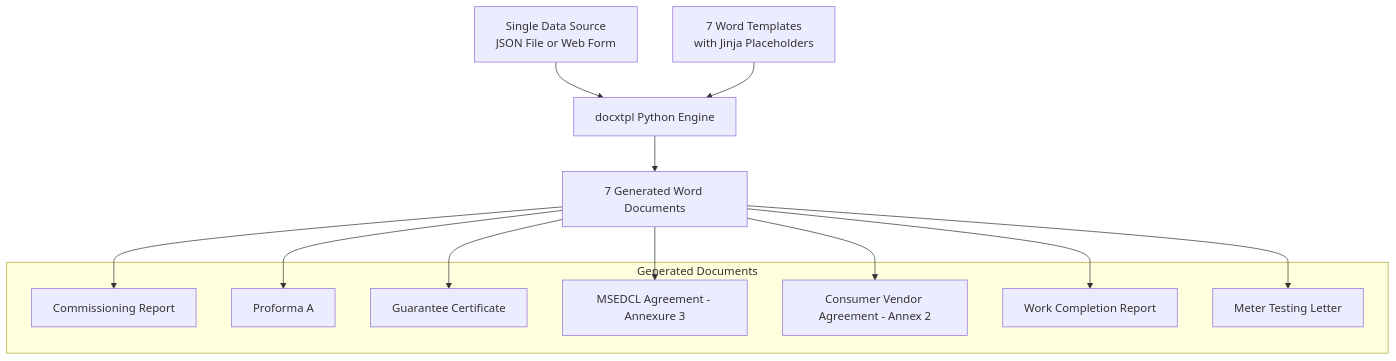
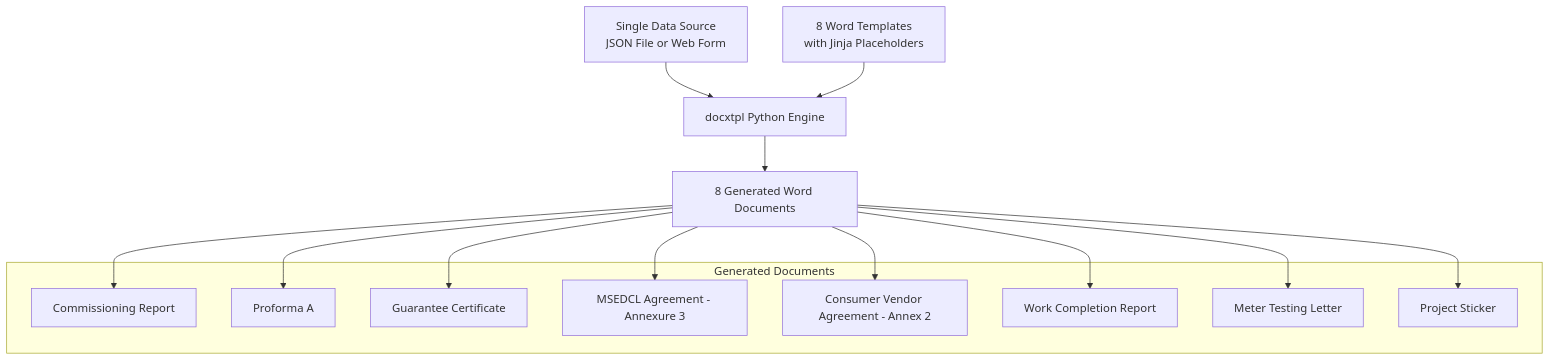
Before and after one commit to Ratnadeep-2007/multi_doc_writer: the diagram in README.md, drawn with Mermaid. The commit also changed other lines of this file and 8 other files, not shown here.

Commit message:
Generate editable project stickers with solar documents

````diff
--- a/README.md
+++ b/README.md
@@ -9,24 +9,26 @@
 ```mermaid
 graph TD
     Input[Single Data Source<br/>JSON File or Web Form] --> Engine[docxtpl Python Engine]
-    Templates[7 Word Templates<br/>with Jinja Placeholders] --> Engine
-    Engine --> Output[7 Generated Word Documents]
+    Templates[8 Word Templates<br/>with Jinja Placeholders] --> Engine
+    Engine --> Output[8 Generated Word Documents]
     
     subgraph "Generated Documents"
         Doc1[Commissioning Report]
         Doc2[Proforma A]
         Doc3[Guarantee Certificate]
         Doc4[MSEDCL Agreement - Annexure 3]
         Doc5[Consumer Vendor Agreement - Annex 2]
         Doc6[Work Completion Report]
         Doc7[Meter Testing Letter]
+        Doc8[Project Sticker]
     end
     
     Output --> Doc1
     Output --> Doc2
     Output --> Doc3
     Output --> Doc4
     Output --> Doc5
     Output --> Doc6
     Output --> Doc7
+    Output --> Doc8
 ```
````
